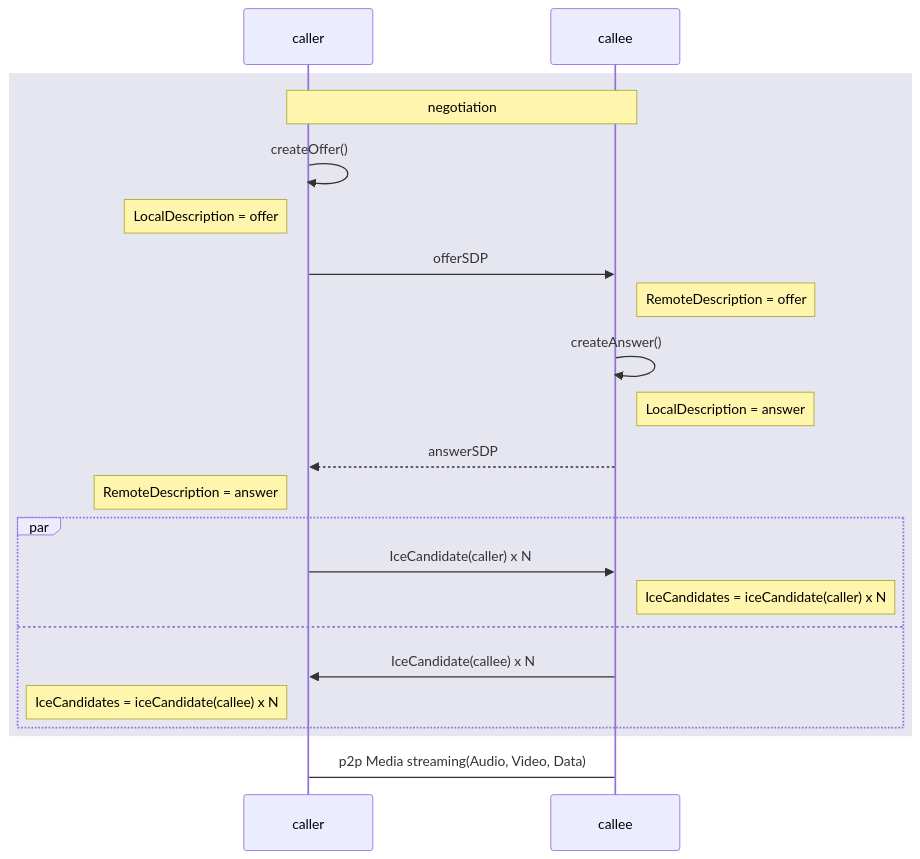
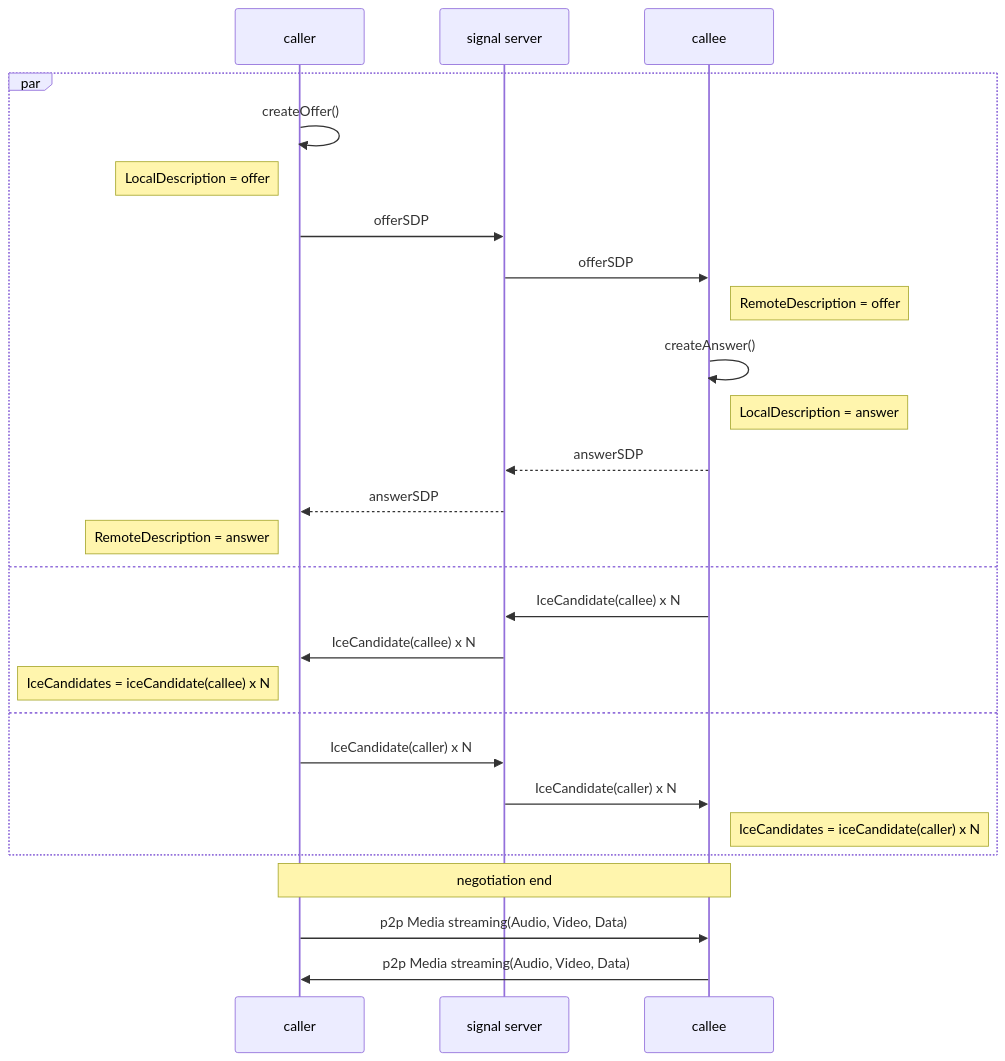
Before and after one commit to neocjmix/neocjmix.github.io: the fourth of 4 diagrams in _posts/2020/2020-09-30-AWS-WebRTC(1).md, drawn with Mermaid. The commit also changed other lines of this file and 125 other files, not shown here.

```diff
--- a/_posts/2020/2020-09-30-AWS-WebRTC(1).md
+++ b/_posts/2020/2020-09-30-AWS-WebRTC(1).md
@@ -261,22 +428,31 @@
 <div class="mermaid"> 
 sequenceDiagram
-rect rgba(230,230,240)
-Note over caller, callee: negotiation
+Participant caller
+Participant signal server
+Participant callee
+par
 caller->>caller: createOffer()
 Note left of caller: LocalDescription = offer
-caller->>callee: offerSDP
+caller->>signal server: offerSDP
+signal server->>callee: offerSDP
 Note right of callee: RemoteDescription = offer
 callee->>callee: createAnswer()
 Note right of callee: LocalDescription = answer
-callee-->>caller: answerSDP
+callee-->>signal server: answerSDP
+signal server-->>caller: answerSDP
 Note left of caller: RemoteDescription = answer
-par
-caller->>callee: IceCandidate(caller) x N
+and
+callee->>signal server: IceCandidate(callee) x N
+signal server->>caller: IceCandidate(callee) x N
+Note left of caller: IceCandidates = iceCandidate(callee) x N
+and
+caller->>signal server: IceCandidate(caller) x N
+signal server->>callee: IceCandidate(caller) x N
 Note right of callee: IceCandidates = iceCandidate(caller) x N
-and
-callee->>caller: IceCandidate(callee) x N
-Note left of caller: IceCandidates = iceCandidate(callee) x N
 end
-end
-caller->callee: p2p Media streaming(Audio, Video, Data) 
+
+Note over caller, callee: negotiation end
+
+caller->>callee: p2p Media streaming(Audio, Video, Data)
+callee->>caller: p2p Media streaming(Audio, Video, Data)
 </div>
```
